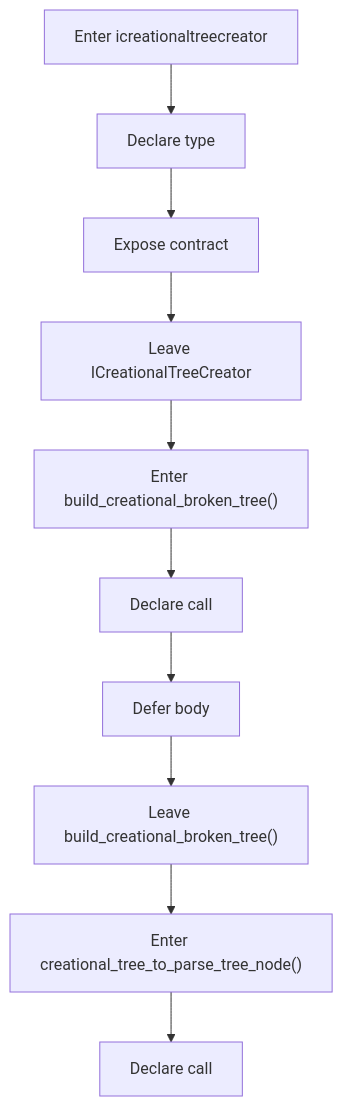
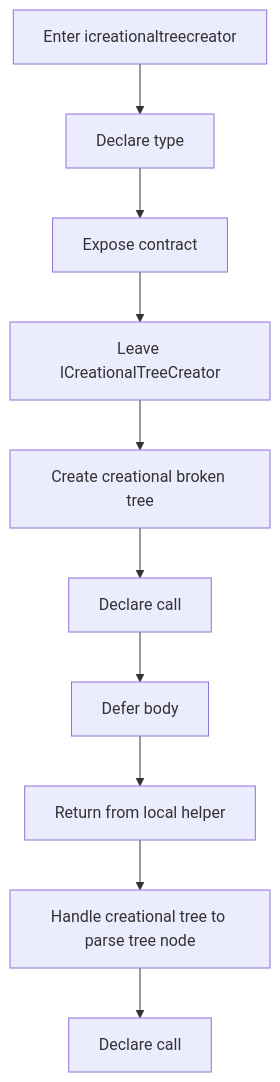
The second of 4 diagrams in docs/Codebase/Microservice/Modules/Header/SyntacticBrokenAST/Trees/Broken/Creational/Flow/creational_broken_tree_program_flow.hpp.md (JohnAndrewBalbarosa/NeoTerritory), drawn with Mermaid before and after one commit. The commit also changed other lines of this file and 925 other files, not shown here.

````diff
--- a/docs/Codebase/Microservice/Modules/Header/SyntacticBrokenAST/Trees/Broken/Creational/Flow/creational_broken_tree_program_flow.hpp.md
+++ b/docs/Codebase/Microservice/Modules/Header/SyntacticBrokenAST/Trees/Broken/Creational/Flow/creational_broken_tree_program_flow.hpp.md
@@ -41,22 +41,22 @@
 ```mermaid
 flowchart TD
     N0["Enter icreationaltreecreator"]
     N1["Declare type"]
     N2["Expose contract"]
     N3["Leave ICreationalTreeCreator"]
-    N4["Enter build_creational_broken_tree()"]
+    N4["Create creational broken tree"]
     N5["Declare call"]
     N6["Defer body"]
-    N7["Leave build_creational_broken_tree()"]
-    N8["Enter creational_tree_to_parse_tree_node()"]
+    N7["Return from local helper"]
+    N8["Handle creational tree to parse tree node"]
     N9["Declare call"]
     N0 --> N1
     N1 --> N2
     N2 --> N3
     N3 --> N4
     N4 --> N5
     N5 --> N6
     N6 --> N7
     N7 --> N8
     N8 --> N9
 ```
````
